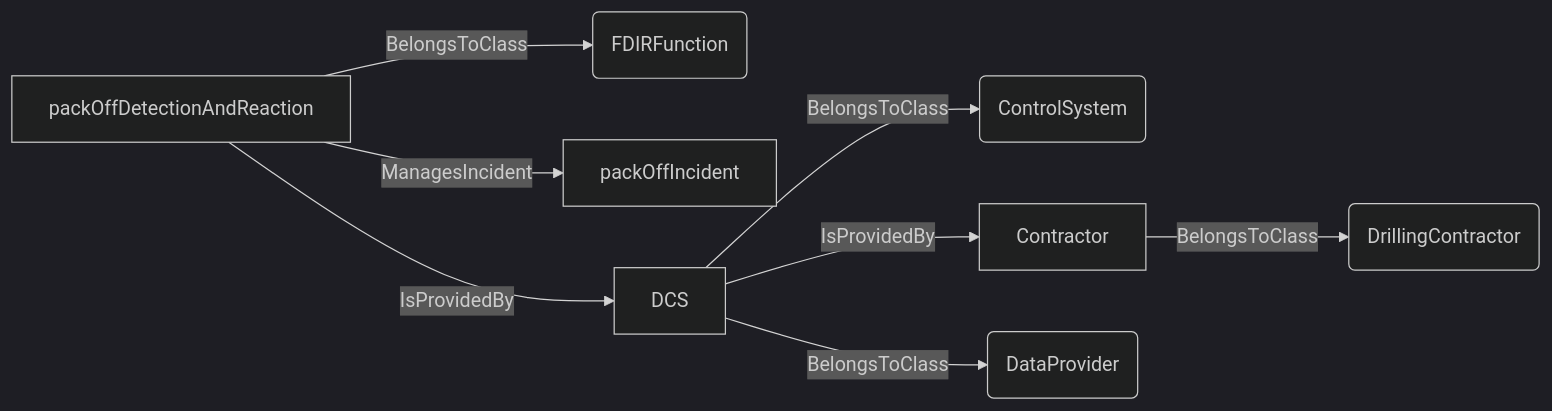
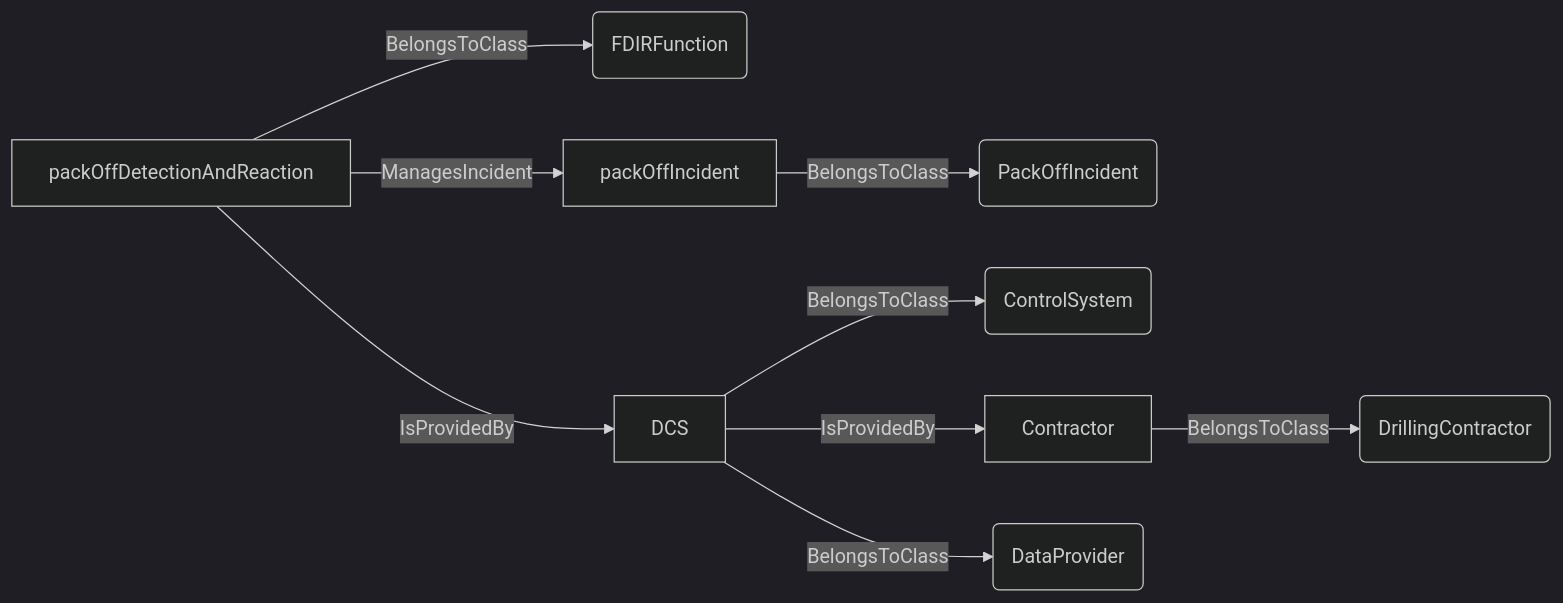
One commit to D-WIS/DDHub-Semantic-Interoperability changed the seventh of 20 diagrams in docs/vocabulary_development/auto-generated/md/definition-files/ADCS.md. Above: the diagram before and after it, drawn with Mermaid (dark theme). The commit also changed other lines of this file and 14 other files, not shown here.

````diff
--- a/docs/vocabulary_development/auto-generated/md/definition-files/ADCS.md
+++ b/docs/vocabulary_development/auto-generated/md/definition-files/ADCS.md
@@ -295,10 +302,11 @@
 ```mermaid
 graph LR
 	N0000[packOffDetectionAndReaction] -->|BelongsToClass| N0001(FDIRFunction) 
+	N0002[packOffIncident] -->|BelongsToClass| N0003(PackOffIncident) 
 	N0000[packOffDetectionAndReaction] -->|ManagesIncident| N0002[packOffIncident] 
-	N0003[DCS] -->|BelongsToClass| N0004(ControlSystem) 
-	N0005[Contractor] -->|BelongsToClass| N0006(DrillingContractor) 
-	N0003[DCS] -->|IsProvidedBy| N0005[Contractor] 
-	N0003[DCS] -->|BelongsToClass| N0007(DataProvider) 
-	N0000[packOffDetectionAndReaction] -->|IsProvidedBy| N0003[DCS] 
+	N0004[DCS] -->|BelongsToClass| N0005(ControlSystem) 
+	N0006[Contractor] -->|BelongsToClass| N0007(DrillingContractor) 
+	N0004[DCS] -->|IsProvidedBy| N0006[Contractor] 
+	N0004[DCS] -->|BelongsToClass| N0008(DataProvider) 
+	N0000[packOffDetectionAndReaction] -->|IsProvidedBy| N0004[DCS] 
 ```
````
